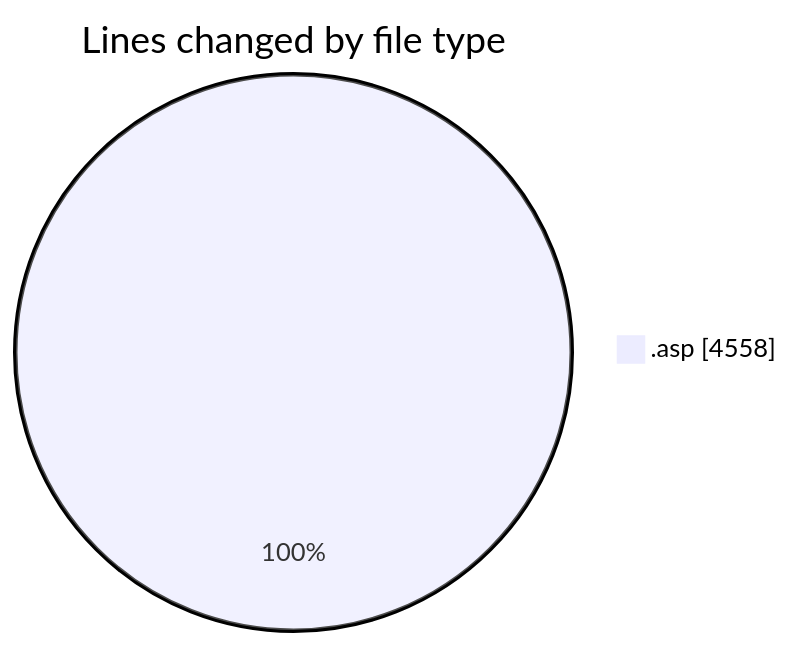
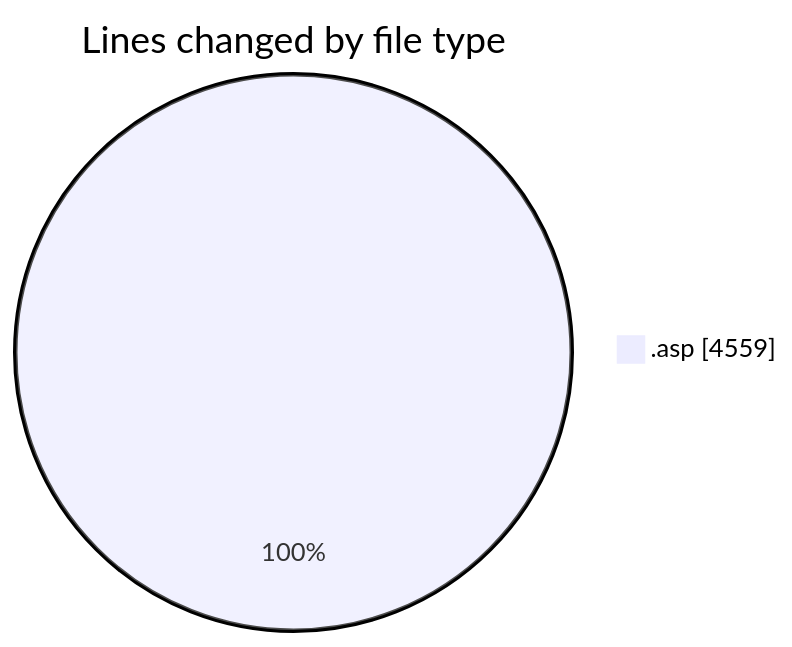
One commit to julien-gomy/code-tracking changed the first of 2 diagrams in 2025-10-17/cdp_aleoudev_fr__workspace_/README.md. Above: the diagram before and after it, drawn with Mermaid. The commit also changed other lines of this file and 1 other file, not shown here.

````diff
--- a/2025-10-17/cdp_aleoudev_fr__workspace_/README.md
+++ b/2025-10-17/cdp_aleoudev_fr__workspace_/README.md
@@ -24,5 +24,5 @@
 ```mermaid
 pie showData
 title Lines changed by file type
-".asp" : 4558
+".asp" : 4559
 ```
````
